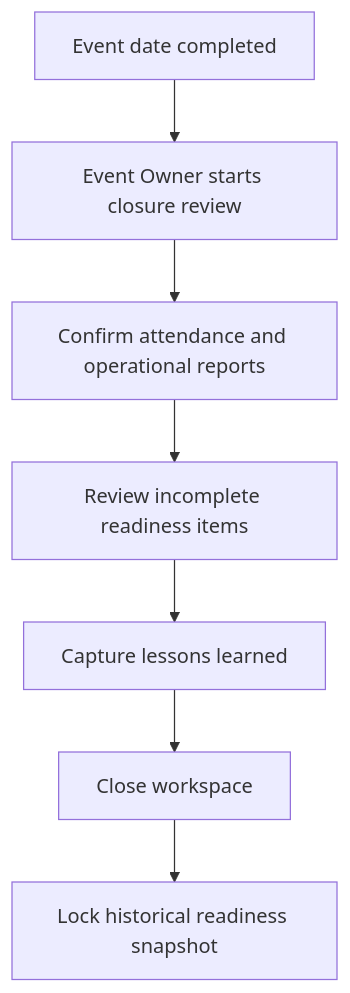
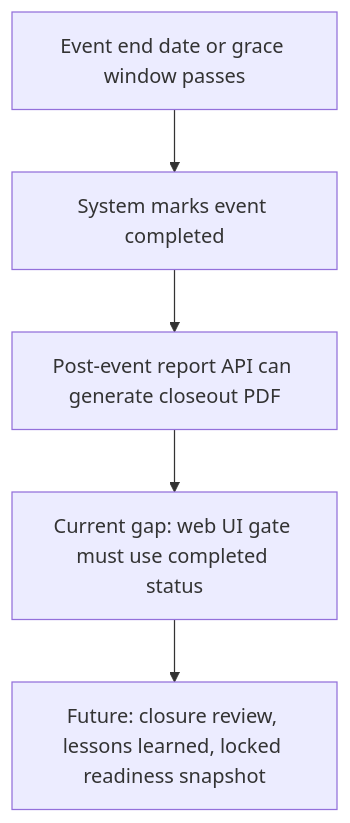
Before and after one commit to ivuriarte/Tixora: the fifth of 5 diagrams in docs/event-workspace-readiness-center-product-package.md, drawn with Mermaid. The commit also changed other lines of this file, not shown here.

Commit message:
docs: update event workspace product package with current system baseline

````diff
--- a/docs/event-workspace-readiness-center-product-package.md
+++ b/docs/event-workspace-readiness-center-product-package.md
@@ -428,9 +441,7 @@
 ```mermaid
 flowchart TD
-  A["Event date completed"] --> B["Event Owner starts closure review"]
-  B --> C["Confirm attendance and operational reports"]
-  C --> D["Review incomplete readiness items"]
-  D --> E["Capture lessons learned"]
-  E --> F["Close workspace"]
-  F --> G["Lock historical readiness snapshot"]
+  A["Event end date or grace window passes"] --> B["System marks event completed"]
+  B --> C["Post-event report API can generate closeout PDF"]
+  C --> D["Current gap: web UI gate must use completed status"]
+  D --> E["Future: closure review, lessons learned, locked readiness snapshot"]
 ```
````
